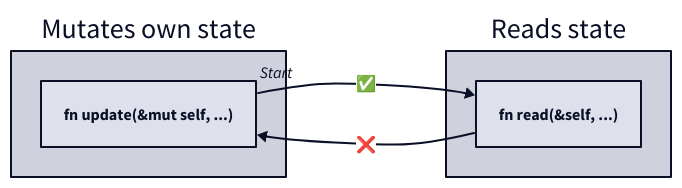
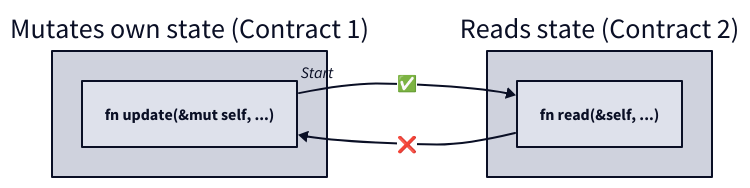
The third of 3 diagrams in website/book/src/Execution_environment/Contracts_overview.md (nazar-pc/abundance), drawn with D2 before and after one commit. The commit also changed other lines of this file, not shown here.

Commit message:
Improve diagram clarity

````diff
--- a/website/book/src/Execution_environment/Contracts_overview.md
+++ b/website/book/src/Execution_environment/Contracts_overview.md
@@ -129,31 +129,31 @@
 ```d2
 vars: {
     d2-config: {
         pad: 0
         theme-id: 1
         dark-theme-id: 200
         theme-overrides: {
             N7: transparent
         }
         dark-theme-overrides: {
             N7: transparent
         }
     }
 }
 
 direction: right
 
-Mutates: Mutates own state {
+Mutates: Mutates own state (Contract 1) {
     update: fn update(&mut self, ...)
 }
 
-Reads: Reads state {
+Reads: Reads state (Contract 2) {
     read: fn read(&self, ...)
 }
 
 Mutates.update -> Reads.read: ✅ {
     source-arrowhead: Start
 }
 Reads.read -> Mutates.update: ❌
 
 ```
````
